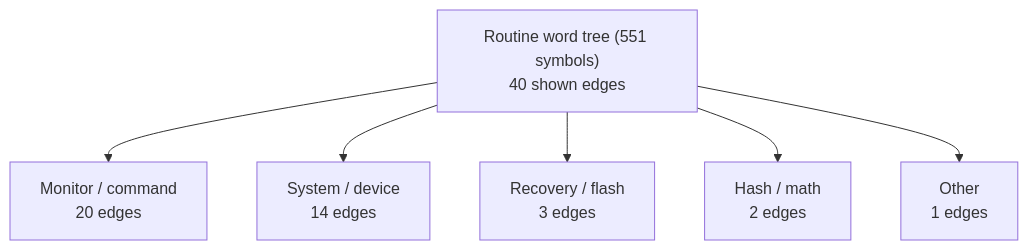
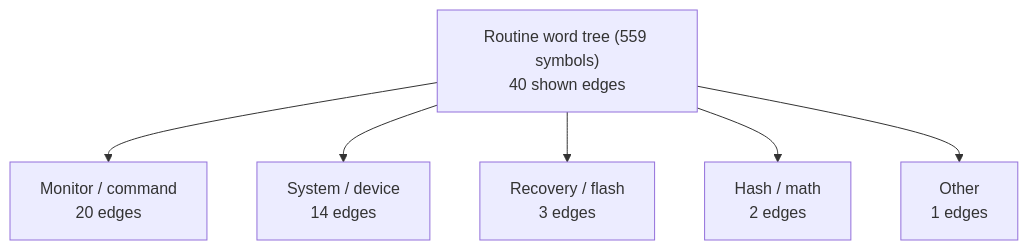
Before and after one commit to 95westus/R-YORS: the first of 8 diagrams in DOC/GENERATED/ROUTINE_WORD_TREE.md, drawn with Mermaid. The commit also changed other lines of this file and 42 other files, not shown here.

````diff
--- a/DOC/GENERATED/ROUTINE_WORD_TREE.md
+++ b/DOC/GENERATED/ROUTINE_WORD_TREE.md
@@ -16,8 +16,8 @@
 ```mermaid
 flowchart TD
-    MAP_ROOT_ROUTINE_WORD_TREE__551_SYMBOLS_["Routine word tree (551 symbols)<br/>40 shown edges"] --> MAP_FAMILY_MONITOR___COMMAND["Monitor / command<br/>20 edges"]
-    MAP_ROOT_ROUTINE_WORD_TREE__551_SYMBOLS_["Routine word tree (551 symbols)<br/>40 shown edges"] --> MAP_FAMILY_SYSTEM___DEVICE["System / device<br/>14 edges"]
-    MAP_ROOT_ROUTINE_WORD_TREE__551_SYMBOLS_["Routine word tree (551 symbols)<br/>40 shown edges"] --> MAP_FAMILY_RECOVERY___FLASH["Recovery / flash<br/>3 edges"]
-    MAP_ROOT_ROUTINE_WORD_TREE__551_SYMBOLS_["Routine word tree (551 symbols)<br/>40 shown edges"] --> MAP_FAMILY_HASH___MATH["Hash / math<br/>2 edges"]
-    MAP_ROOT_ROUTINE_WORD_TREE__551_SYMBOLS_["Routine word tree (551 symbols)<br/>40 shown edges"] --> MAP_FAMILY_OTHER["Other<br/>1 edges"]
+    MAP_ROOT_ROUTINE_WORD_TREE__559_SYMBOLS_["Routine word tree (559 symbols)<br/>40 shown edges"] --> MAP_FAMILY_MONITOR___COMMAND["Monitor / command<br/>20 edges"]
+    MAP_ROOT_ROUTINE_WORD_TREE__559_SYMBOLS_["Routine word tree (559 symbols)<br/>40 shown edges"] --> MAP_FAMILY_SYSTEM___DEVICE["System / device<br/>14 edges"]
+    MAP_ROOT_ROUTINE_WORD_TREE__559_SYMBOLS_["Routine word tree (559 symbols)<br/>40 shown edges"] --> MAP_FAMILY_RECOVERY___FLASH["Recovery / flash<br/>3 edges"]
+    MAP_ROOT_ROUTINE_WORD_TREE__559_SYMBOLS_["Routine word tree (559 symbols)<br/>40 shown edges"] --> MAP_FAMILY_HASH___MATH["Hash / math<br/>2 edges"]
+    MAP_ROOT_ROUTINE_WORD_TREE__559_SYMBOLS_["Routine word tree (559 symbols)<br/>40 shown edges"] --> MAP_FAMILY_OTHER["Other<br/>1 edges"]
 ```
````
